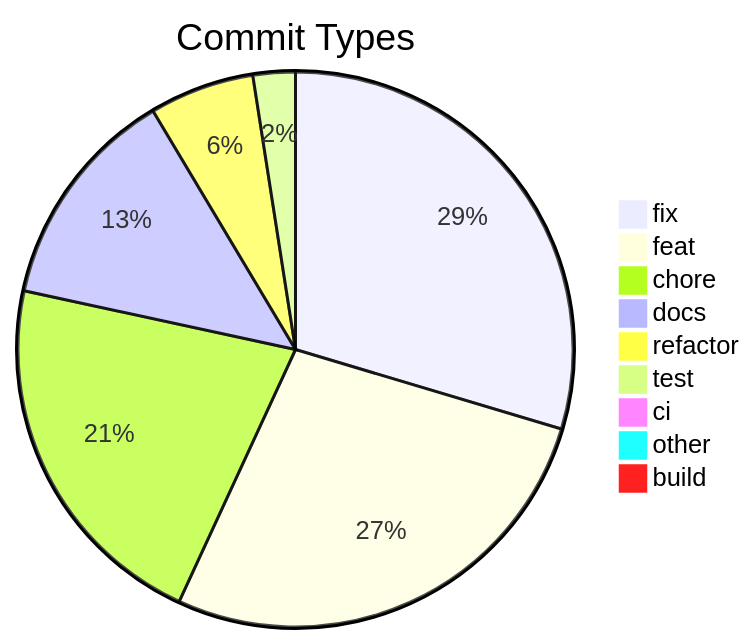
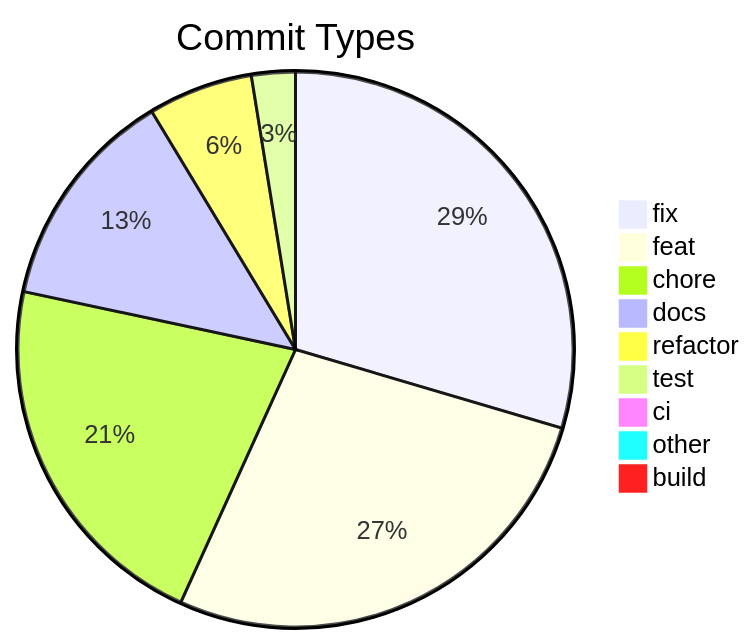
The diagram in .shipwright/compliance/change-history.md (svenroth-ai/shipwright), drawn with Mermaid before and after one commit. The commit also changed other lines of this file and 35 other files, not shown here.

````diff
--- a/.shipwright/compliance/change-history.md
+++ b/.shipwright/compliance/change-history.md
@@ -8,12 +8,12 @@
 ```mermaid
 pie title Commit Types
     "fix" : 325
     "feat" : 299
-    "chore" : 236
+    "chore" : 237
     "docs" : 143
     "refactor" : 67
-    "test" : 27
+    "test" : 28
     "ci" : 11
     "other" : 7
     "build" : 1
 ```
````
